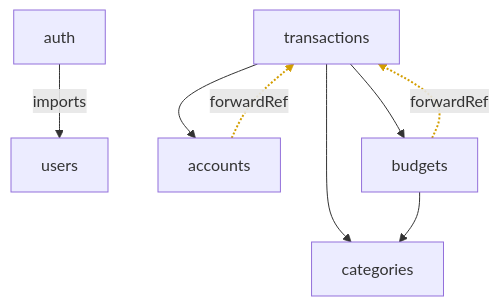
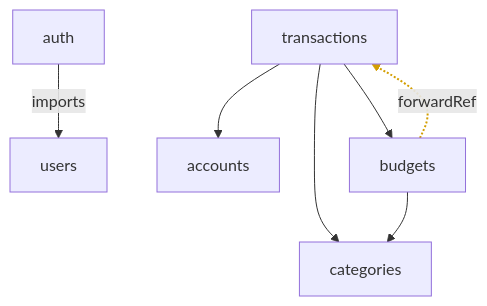
One commit to vicentera0957-arch/personal-finance-api changed the second of 6 diagrams in docs/architecture.md. Above: the diagram before and after it, drawn with Mermaid. The commit also changed other lines of this file and 5 other files, not shown here.

````diff
--- a/docs/architecture.md
+++ b/docs/architecture.md
@@ -55,14 +55,13 @@
 ```mermaid
 graph TD
     auth["auth"] -->|imports| users["users"]
 
     transactions["transactions"] --> accounts["accounts"]
     transactions --> categories["categories"]
     transactions --> budgets["budgets"]
     budgets --> categories
 
     budgets -. forwardRef .-> transactions
-    accounts -. forwardRef .-> transactions
 
-    linkStyle 5,6 stroke:#d39e00,stroke-width:2px;
+    linkStyle 5 stroke:#d39e00,stroke-width:2px;
 ```
````
